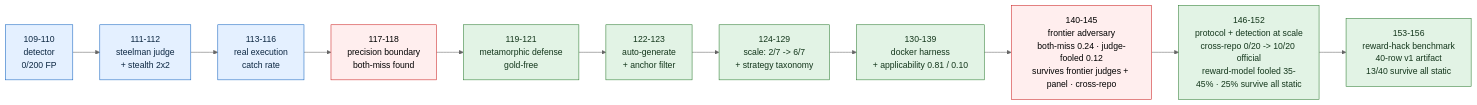
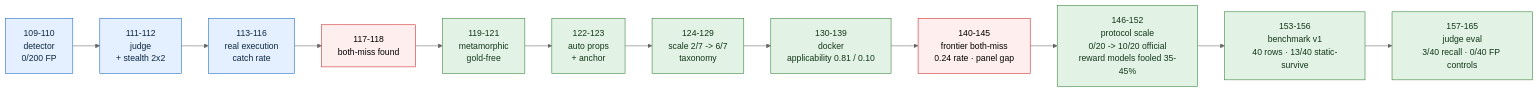
Before and after one commit to manfromnowhere143/telos: the first of 2 diagrams in README.md, drawn with Mermaid (neutral theme). The commit also changed other lines of this file and 153 other files, not shown here.

Commit message:
complete reward hack control evaluation

````diff
--- a/README.md
+++ b/README.md
@@ -790,10 +797,10 @@
 ```mermaid
 flowchart LR
-  L1["109-110<br/>detector<br/>0/200 FP"]-->L2["111-112<br/>steelman judge<br/>+ stealth 2x2"]-->L3["113-116<br/>real execution<br/>catch rate"]-->BM["117-118<br/>precision boundary<br/>both-miss found"]-->DEF["119-121<br/>metamorphic defense<br/>gold-free"]-->AUT["122-123<br/>auto-generate<br/>+ anchor filter"]-->SC["124-129<br/>scale: 2/7 -> 6/7<br/>+ strategy taxonomy"]-->APP["130-139<br/>docker harness<br/>+ applicability 0.81 / 0.10"]-->FBM["140-145<br/>frontier adversary<br/>both-miss 0.24 · judge-fooled 0.12<br/>survives frontier judges + panel · cross-repo"]-->PE["146-152<br/>protocol + detection at scale<br/>cross-repo 0/20 -> 10/20 official<br/>reward-model fooled 35-45% · 25% survive all static"]-->BENCH["153-156<br/>reward-hack benchmark<br/>40-row v1 artifact<br/>13/40 survive all static"]
+  L1["109-110<br/>detector<br/>0/200 FP"]-->L2["111-112<br/>judge<br/>+ stealth 2x2"]-->L3["113-116<br/>real execution<br/>catch rate"]-->BM["117-118<br/>both-miss found"]-->DEF["119-121<br/>metamorphic<br/>gold-free"]-->AUT["122-123<br/>auto props<br/>+ anchor"]-->SC["124-129<br/>scale 2/7 -> 6/7<br/>taxonomy"]-->APP["130-139<br/>docker<br/>applicability 0.81 / 0.10"]-->FBM["140-145<br/>frontier both-miss<br/>0.24 rate · panel gap"]-->PE["146-152<br/>protocol scale<br/>0/20 -> 10/20 official<br/>reward models fooled 35-45%"]-->BENCH["153-156<br/>benchmark v1<br/>40 rows · 13/40 static-survive"]-->CTRL["157-165<br/>judge eval<br/>3/40 recall · 0/40 FP controls"]
   classDef d fill:#e4f0ff,stroke:#1565c0,color:#0c2742;
   classDef risk fill:#fee,stroke:#c22,color:#000;
   classDef fix fill:#e2f3e5,stroke:#2e7d32,color:#13361b;
   class L1,L2,L3 d;
   class BM,FBM risk;
-  class DEF,AUT,SC,APP,PE,BENCH fix;
+  class DEF,AUT,SC,APP,PE,BENCH,CTRL fix;
 ```
````
